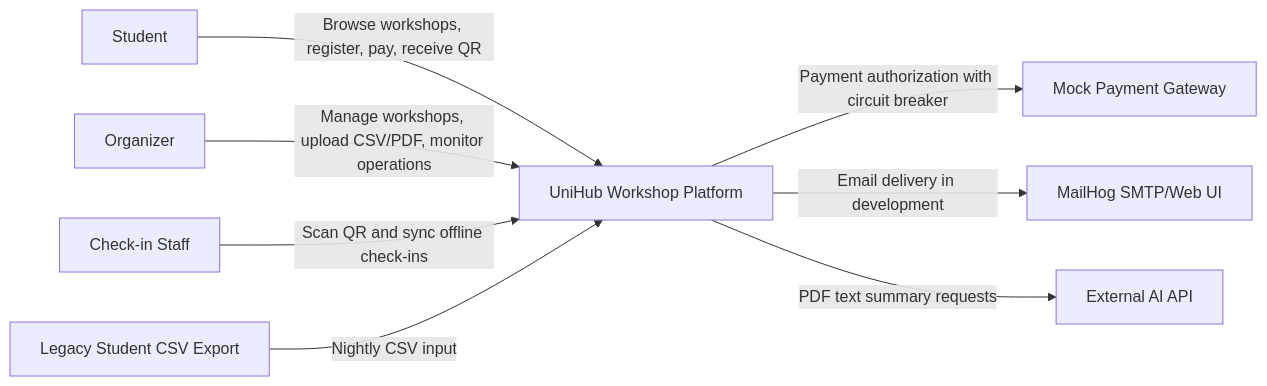
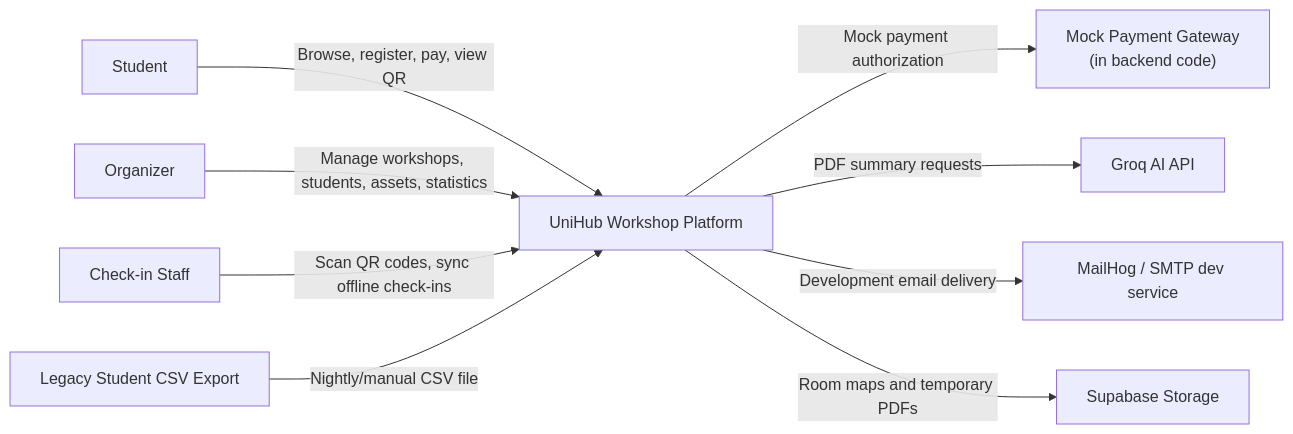
One commit to dinosauce-285/UniHub changed the first of 10 diagrams in blueprint/design.md. Above: the diagram before and after it, drawn with Mermaid. The commit also changed other lines of this file and 1 other file, not shown here.

Commit message:
docs: update architecture design and README

````diff
--- a/blueprint/design.md
+++ b/blueprint/design.md
@@ -32,20 +43,23 @@
 ```mermaid
 flowchart LR
-  student[Student]
-  organizer[Organizer]
-  staff[Check-in Staff]
-  legacy[Legacy Student CSV Export]
-  ai[External AI API]
-  gateway[Mock Payment Gateway]
-  mailhog[MailHog SMTP/Web UI]
+  student["Student"]
+  organizer["Organizer"]
+  staff["Check-in Staff"]
+  legacy["Legacy Student CSV Export"]
+  payment["Mock Payment Gateway<br/>(in backend code)"]
+  groq["Groq AI API"]
+  mailhog["MailHog / SMTP dev service"]
+  storage["Supabase Storage"]
 
-  system[UniHub Workshop Platform]
+  system["UniHub Workshop Platform"]
 
-  student -->|Browse workshops, register, pay, receive QR| system
-  organizer -->|Manage workshops, upload CSV/PDF, monitor operations| system
-  staff -->|Scan QR and sync offline check-ins| system
-  legacy -->|Nightly CSV input| system
-  system -->|Payment authorization with circuit breaker| gateway
-  system -->|Email delivery in development| mailhog
-  system -->|PDF text summary requests| ai
+  student -->|"Browse, register, pay, view QR"| system
+  organizer -->|"Manage workshops, students, assets, statistics"| system
+  staff -->|"Scan QR codes, sync offline check-ins"| system
+  legacy -->|"Nightly/manual CSV file"| system
+
+  system -->|"Mock payment authorization"| payment
+  system -->|"PDF summary requests"| groq
+  system -->|"Development email delivery"| mailhog
+  system -->|"Room maps and temporary PDFs"| storage
 ```
````
